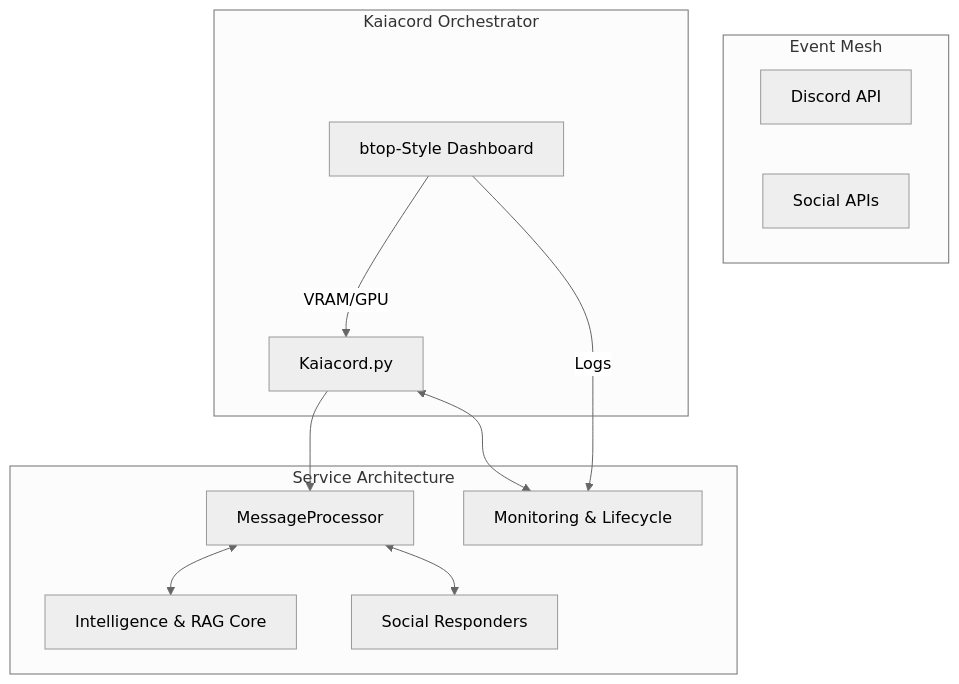
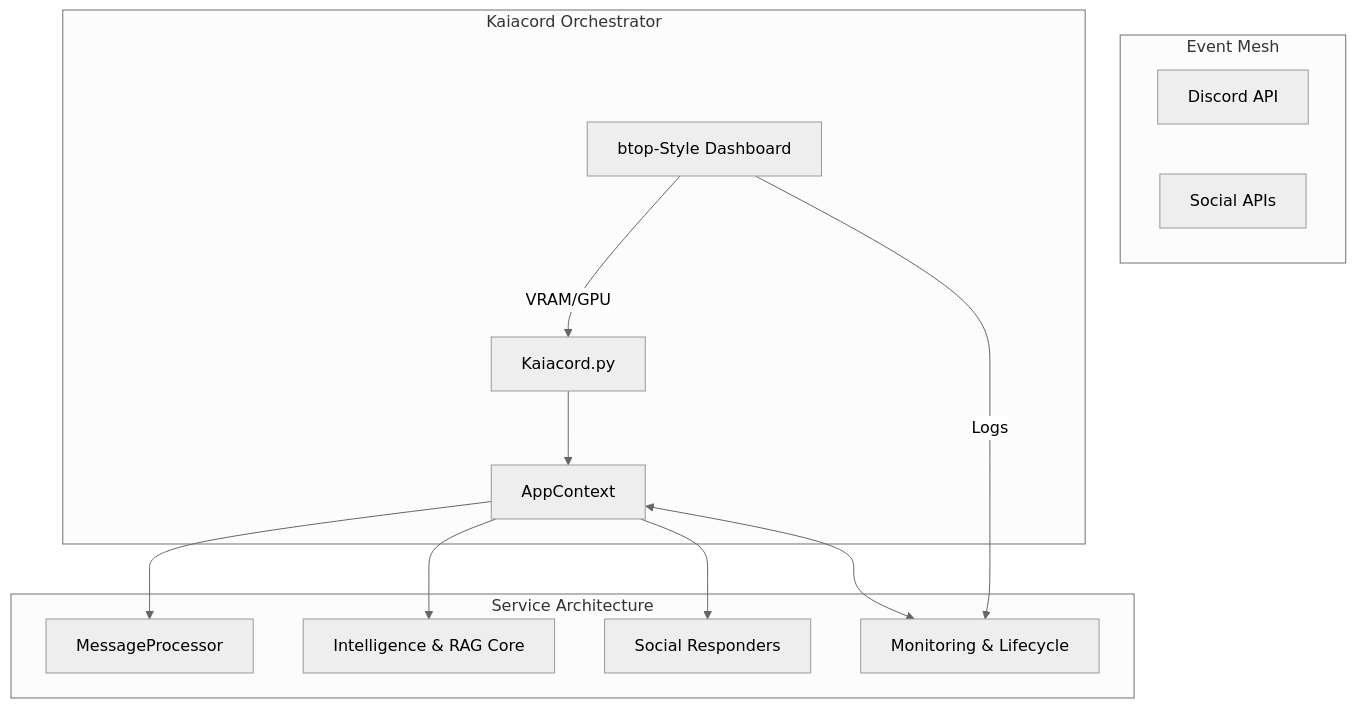
One commit to Ekco-S64QTN6/Kaiacord changed the third of 3 diagrams in README.md. Above: the diagram before and after it, drawn with Mermaid (neutral theme). The commit also changed other lines of this file and 42 other files, not shown here.

````diff
--- a/README.md
+++ b/README.md
@@ -137,24 +137,26 @@
 ```mermaid
 graph TB
     subgraph External ["Event Mesh"]
         Discord[Discord API]
         Social[Social APIs]
     end
 
     subgraph Core ["Kaiacord Orchestrator"]
         Main[Kaiacord.py]
+        Ctx[AppContext]
         Dashboard[btop-Style Dashboard]
     end
 
     subgraph Layers ["Service Architecture"]
-    %% Shortened name to prevent clipping
-        Main --> Proc[MessageProcessor]
-        Proc <--> CoreUtils[Intelligence & RAG Core]
-        Proc <--> SocialUtils[Social Responders]
-        Main <--> Infra[Monitoring & Lifecycle]
+    %% AppContext acts as the registry for all services
+        Main --> Ctx
+        Ctx --> Proc[MessageProcessor]
+        Ctx --> CoreUtils[Intelligence & RAG Core]
+        Ctx --> SocialUtils[Social Responders]
+        Ctx <--> Infra[Monitoring & Lifecycle]
     end
 
     Dashboard --"VRAM/GPU"--> Main
     Dashboard --"Logs"--> Infra
     
 ```
````
